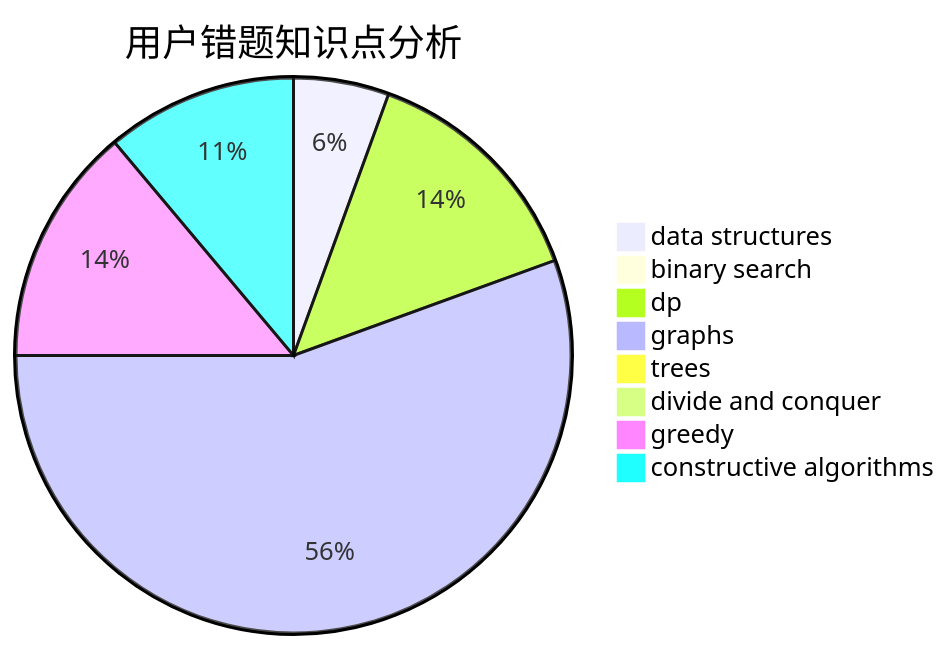
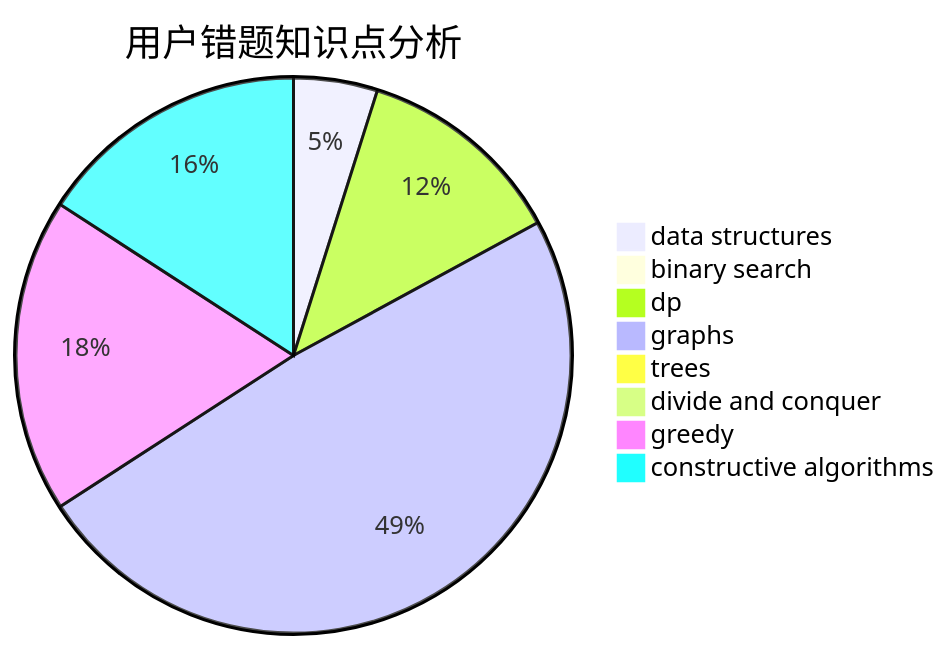
One commit to sherpahu/cfrs.github.io changed the third of 3 diagrams in docs/user/u772.md. Above: the diagram before and after it, drawn with Mermaid. The commit also changed other lines of this file and 2770 other files, not shown here.

````diff
--- a/docs/user/u772.md
+++ b/docs/user/u772.md
@@ -36,11 +36,11 @@
 ```mermaid
 pie title 用户错题知识点分析
     "data structures" :  4
     "binary search" :  0
     "dp" :  10
     "graphs" :  40
     "trees" :  0
     "divide and conquer" :  0
-    "greedy" :  10
-    "constructive algorithms" :  8
+    "greedy" :  15
+    "constructive algorithms" :  13
 ```
````
